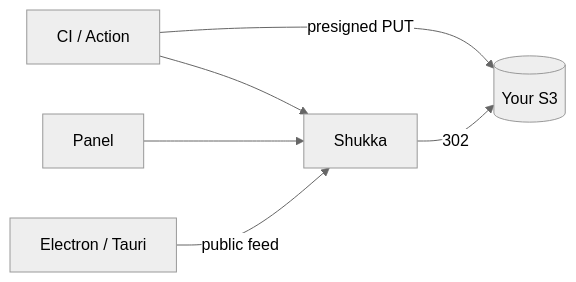
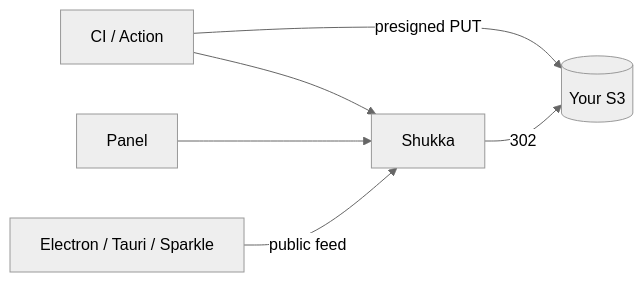
Before and after one commit to shukka-app/shukka: the diagram in README.md, drawn with Mermaid (neutral theme). The commit also changed other lines of this file and 47 other files, not shown here.

````diff
--- a/README.md
+++ b/README.md
@@ -38,8 +39,8 @@
 ```mermaid
 flowchart LR
   CI["CI / Action"] -- "presigned PUT" --> S3[(Your S3)]
   Panel[Panel] --> Shukka
   CI --> Shukka
-  App["Electron / Tauri"] -- "public feed" --> Shukka
+  App["Electron / Tauri / Sparkle"] -- "public feed" --> Shukka
   Shukka -- "302" --> S3
 ```
````
